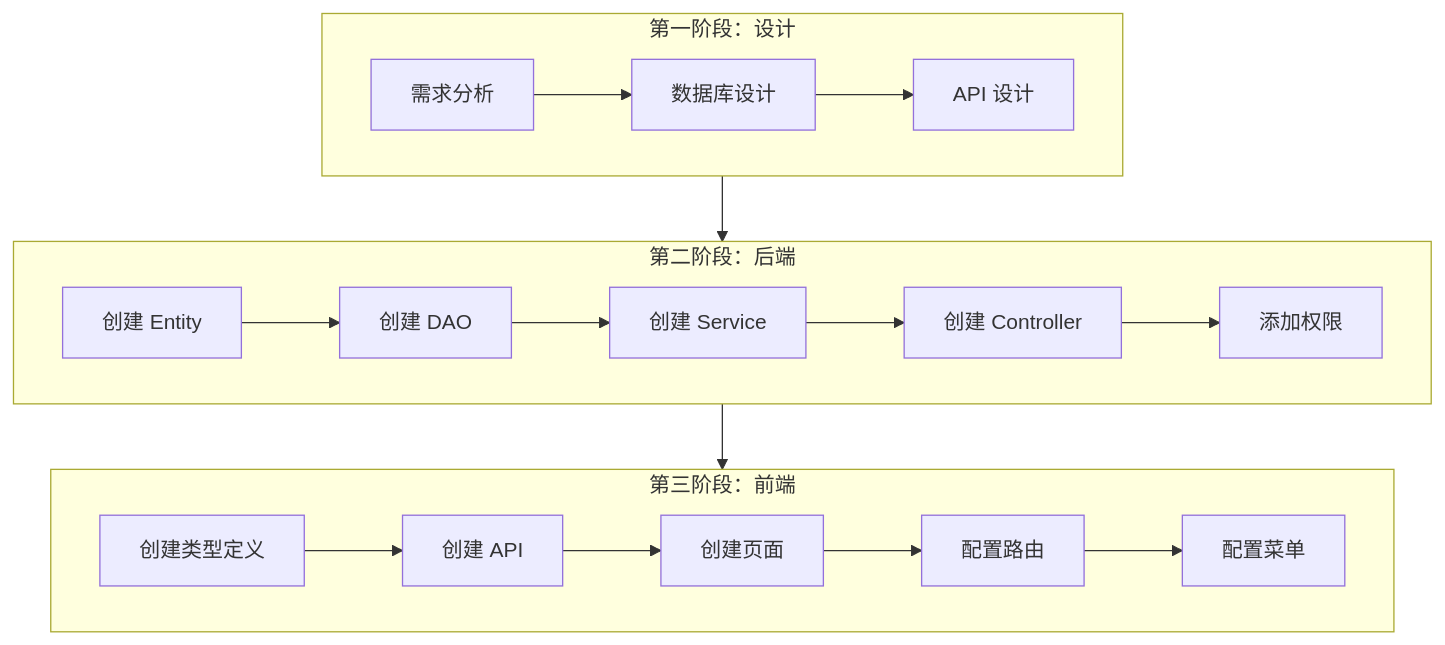
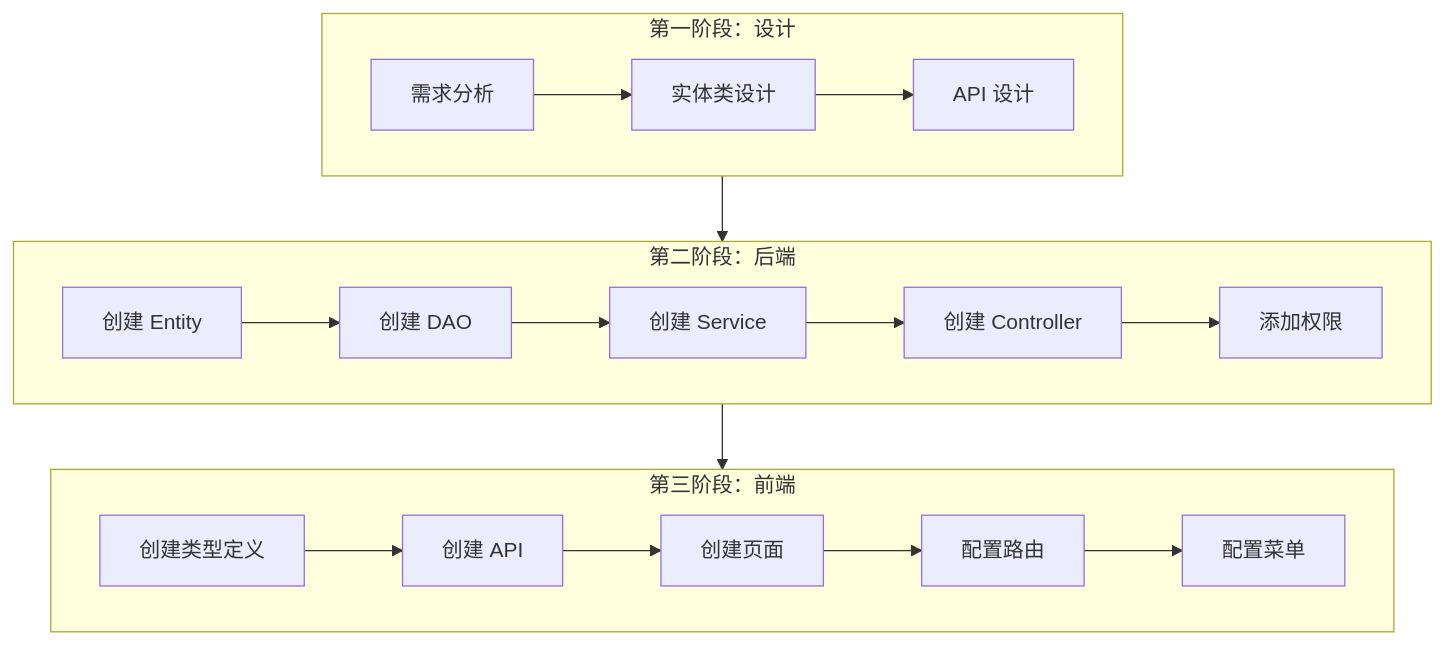
The diagram in content/development-guide/add-new-feature.md (jjhhyyg/process-card-docs), drawn with Mermaid before and after one commit. The commit also changed other lines of this file and 3 other files, not shown here.

````diff
--- a/content/development-guide/add-new-feature.md
+++ b/content/development-guide/add-new-feature.md
@@ -10,24 +10,24 @@
 ```mermaid
 flowchart TB
     subgraph Phase1["第一阶段：设计"]
-        A1["需求分析"] --> A2["数据库设计"]
+        A1["需求分析"] --> A2["实体类设计"]
         A2 --> A3["API 设计"]
     end
     
     subgraph Phase2["第二阶段：后端"]
         B1["创建 Entity"] --> B2["创建 DAO"]
         B2 --> B3["创建 Service"]
         B3 --> B4["创建 Controller"]
         B4 --> B5["添加权限"]
     end
     
     subgraph Phase3["第三阶段：前端"]
         C1["创建类型定义"] --> C2["创建 API"]
         C2 --> C3["创建页面"]
         C3 --> C4["配置路由"]
         C4 --> C5["配置菜单"]
     end
     
     Phase1 --> Phase2
     Phase2 --> Phase3
 ```
````
